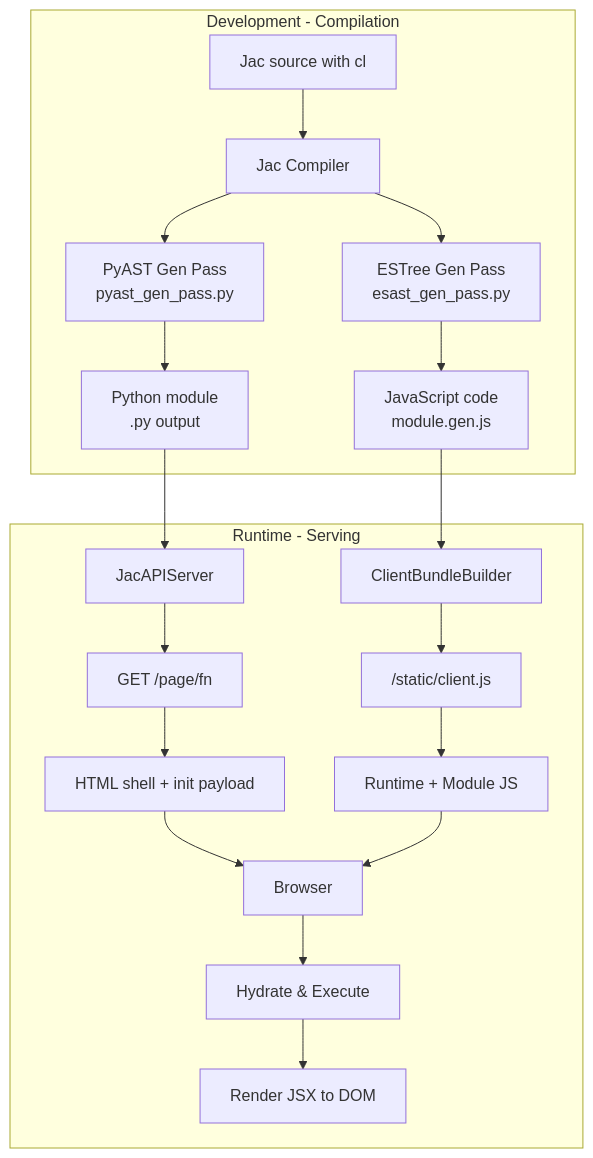
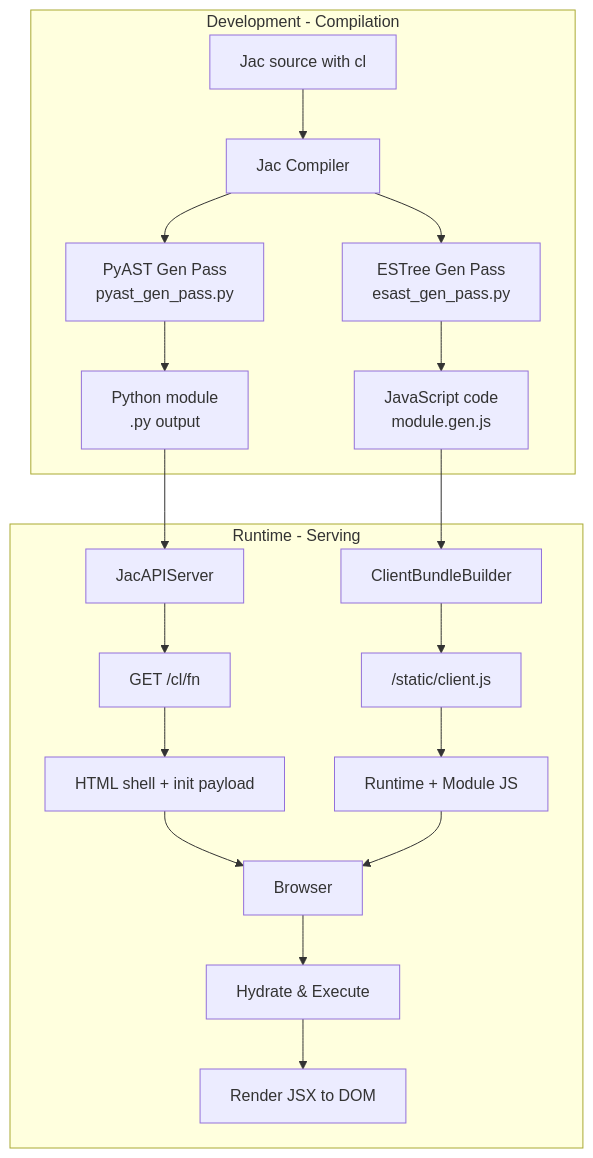
Before and after one commit to Gorgeous-Patrick/jaseci: the diagram in docs/docs/internals/jsx_client_serv_design.md, drawn with Mermaid. The commit also changed other lines of this file and 27 other files, not shown here.

````diff
--- a/docs/docs/internals/jsx_client_serv_design.md
+++ b/docs/docs/internals/jsx_client_serv_design.md
@@ -17,23 +17,23 @@
 ```mermaid
 graph TD
     subgraph "Development - Compilation"
         A[Jac source with cl] --> B[Jac Compiler]
         B --> C[PyAST Gen Pass<br/>pyast_gen_pass.py]
         B --> D[ESTree Gen Pass<br/>esast_gen_pass.py]
         C --> E[Python module<br/>.py output]
         D --> F[JavaScript code<br/>module.gen.js]
     end
 
     subgraph "Runtime - Serving"
         E --> H[JacAPIServer]
         F --> I[ClientBundleBuilder]
-        H --> J[GET /page/fn]
+        H --> J[GET /cl/fn]
         I --> K["/static/client.js"]
         J --> L[HTML shell + init payload]
         K --> M[Runtime + Module JS]
         L --> N[Browser]
         M --> N
         N --> O[Hydrate & Execute]
         O --> P[Render JSX to DOM]
     end
 ```
````
